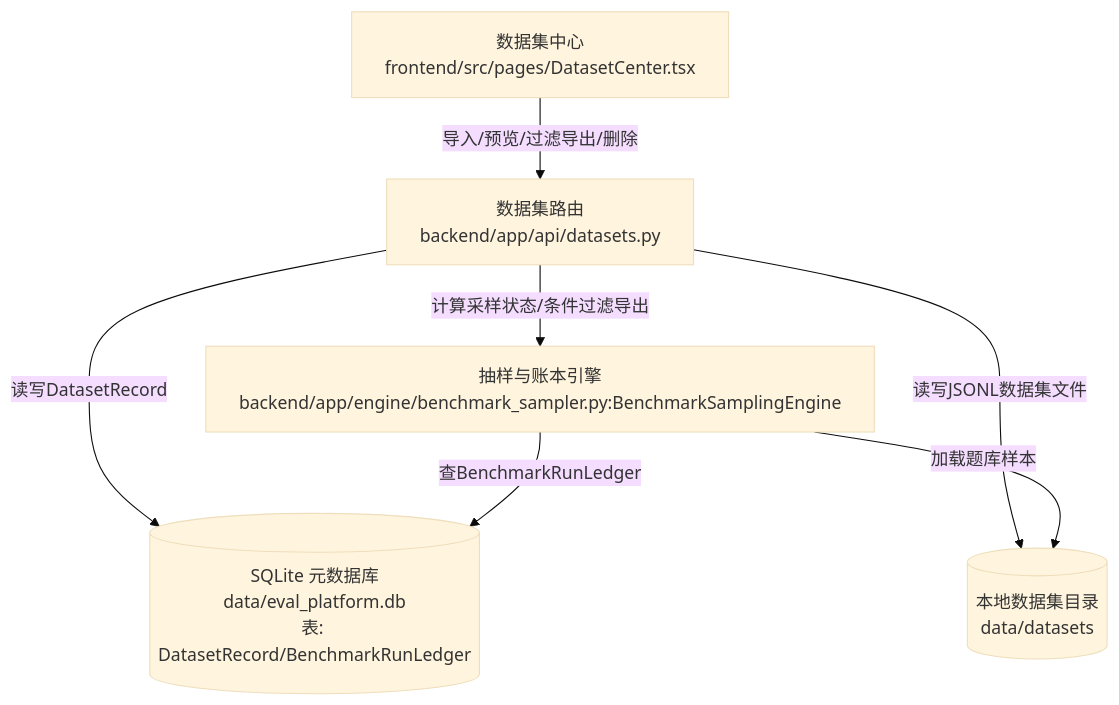
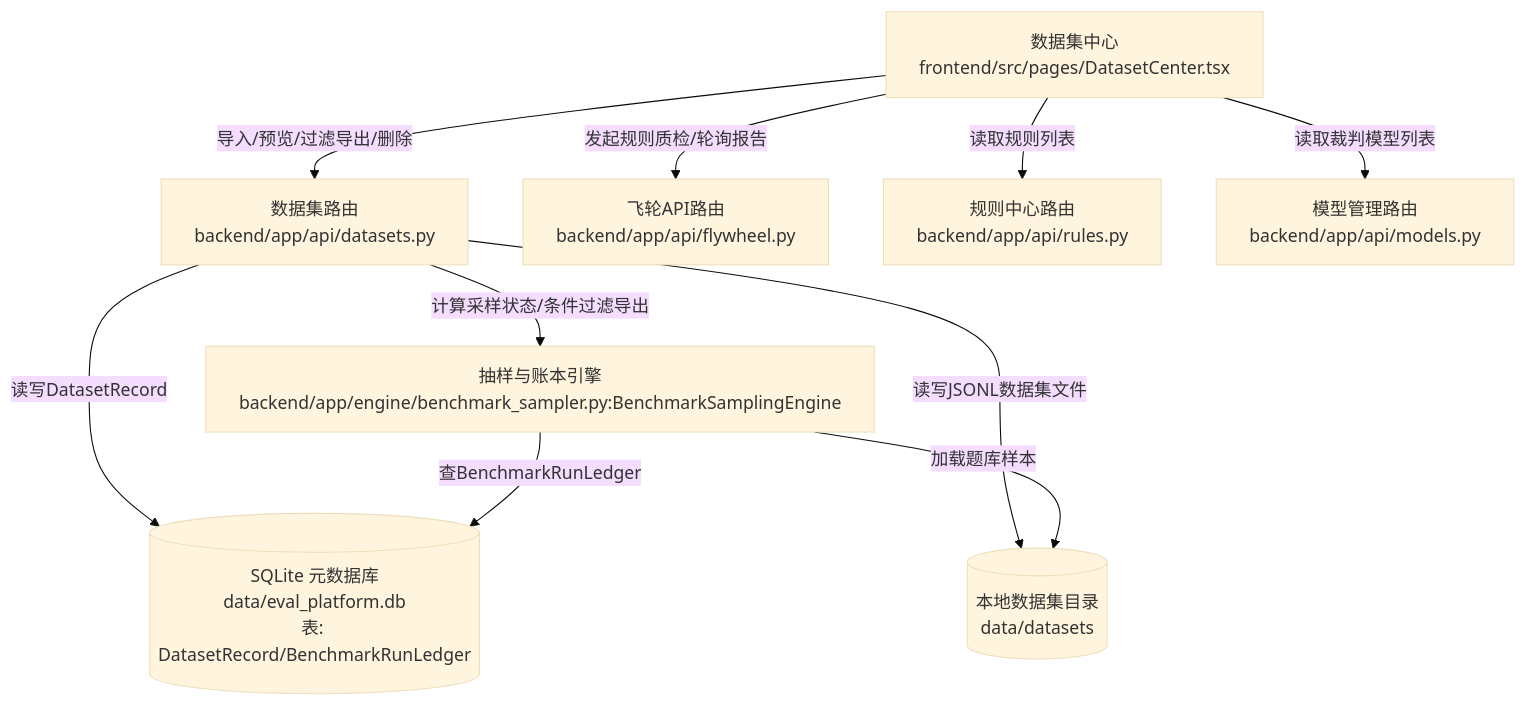
The diagram in docs/map/L2-dataset_center.mmd (sharmt1411/eval-platform), drawn with Mermaid (base theme) before and after one commit. The commit also changed 30 other files, not shown here.

```diff
--- a/docs/map/L2-dataset_center.mmd
+++ b/docs/map/L2-dataset_center.mmd
@@ -1,14 +1,23 @@
 %% title: 数据集中心纵向切片 (L2)
+%% link: api_flywheel -> L2-flywheel.mmd
+%% link: api_rules -> L2-rule_center.mmd
+%% link: api_models -> L2-model_hub.mmd
 flowchart TB
   dataset_center["数据集中心\nfrontend/src/pages/DatasetCenter.tsx"]
   api_datasets["数据集路由\nbackend/app/api/datasets.py"]
+  api_flywheel["飞轮API路由\nbackend/app/api/flywheel.py"]
+  api_rules["规则中心路由\nbackend/app/api/rules.py"]
+  api_models["模型管理路由\nbackend/app/api/models.py"]
   benchmark_sampler["抽样与账本引擎\nbackend/app/engine/benchmark_sampler.py:BenchmarkSamplingEngine"]
   sqlite_db[("SQLite 元数据库\ndata/eval_platform.db\n表: DatasetRecord/BenchmarkRunLedger")]
   datasets_dir[("本地数据集目录\ndata/datasets")]
 
   dataset_center -->|"导入/预览/过滤导出/删除"| api_datasets
+  dataset_center -->|"发起规则质检/轮询报告"| api_flywheel
+  dataset_center -->|"读取规则列表"| api_rules
+  dataset_center -->|"读取裁判模型列表"| api_models
   api_datasets -->|"计算采样状态/条件过滤导出"| benchmark_sampler
   api_datasets -->|"读写DatasetRecord"| sqlite_db
   api_datasets -->|"读写JSONL数据集文件"| datasets_dir
   benchmark_sampler -->|"查BenchmarkRunLedger"| sqlite_db
   benchmark_sampler -->|"加载题库样本"| datasets_dir
```
